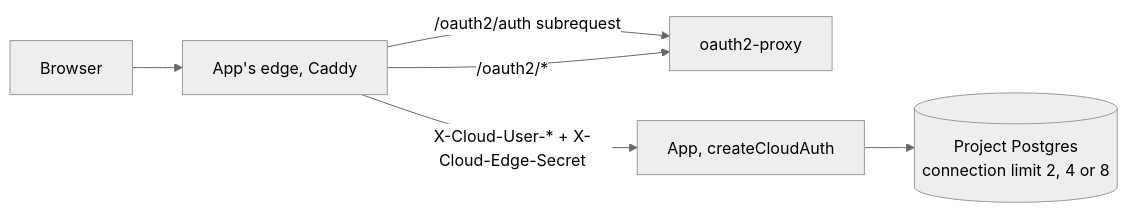
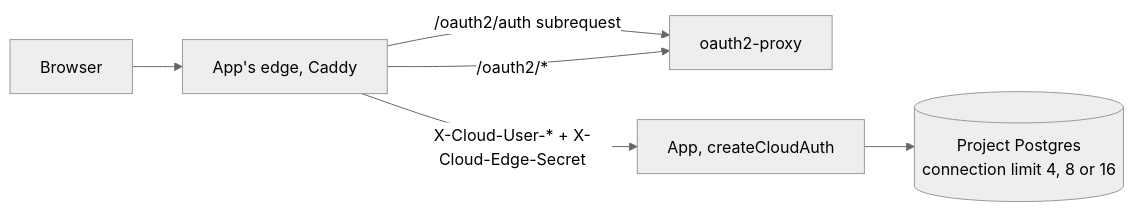
The first of 7 diagrams in docs/stack.md (ViktorBarzin/app-kit), drawn with Mermaid (neutral theme) before and after one commit. The commit also changed other lines of this file and 7 other files, not shown here.

````diff
--- a/docs/stack.md
+++ b/docs/stack.md
@@ -98,8 +98,8 @@
 ```mermaid
 flowchart LR
   B[Browser] --> E["App's edge, Caddy"]
   E -- "/oauth2/auth subrequest" --> O[oauth2-proxy]
   E -- "/oauth2/*" --> O
   E -- "X-Cloud-User-* + X-Cloud-Edge-Secret" --> A["App, createCloudAuth"]
-  A --> PG[("Project Postgres<br/>connection limit 2, 4 or 8")]
+  A --> PG[("Project Postgres<br/>connection limit 4, 8 or 16")]
 ```
````
